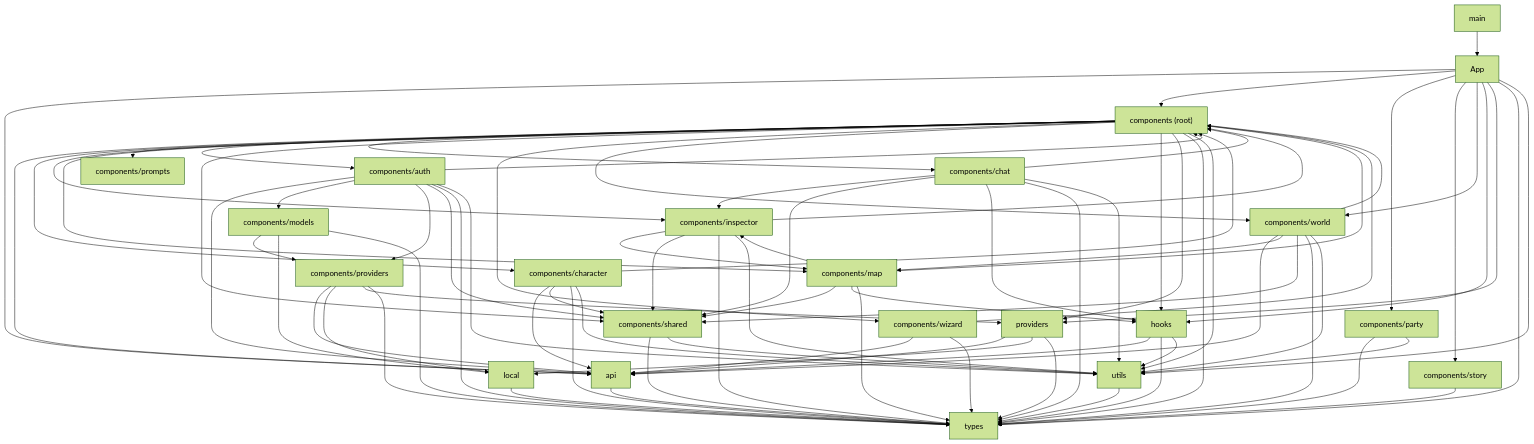
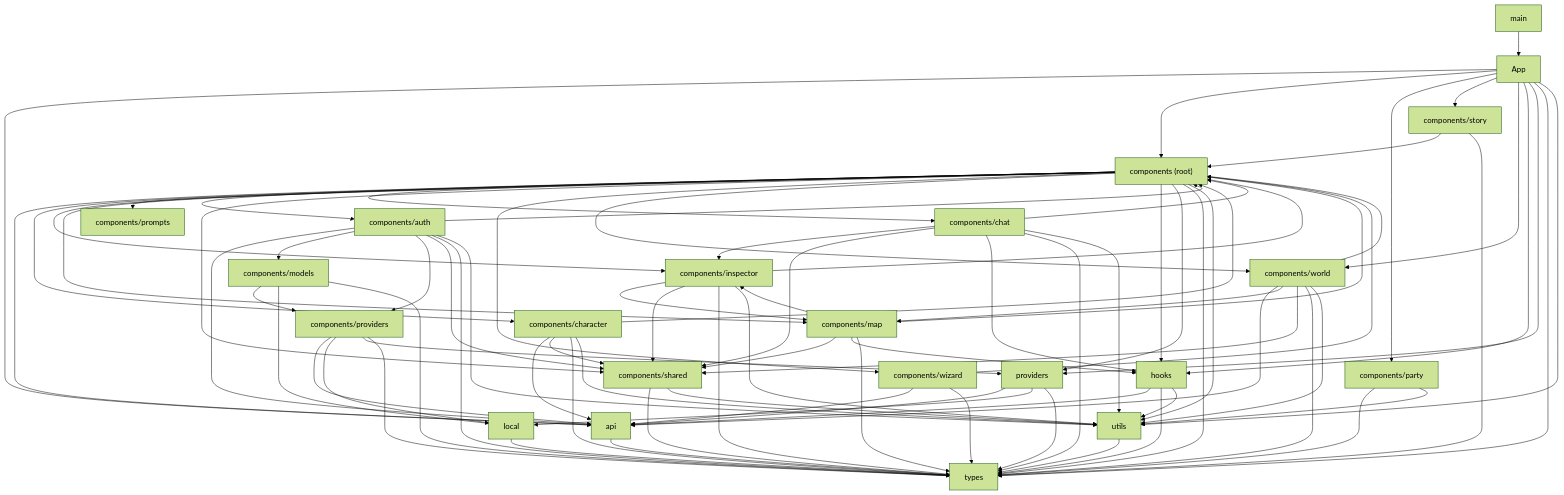
The diagram in docs/architecture/FRONTEND_GRAPH.md (diegolima/CyberCantina), drawn with Mermaid (forest theme) before and after one commit. The commit also changed other lines of this file and 43 other files, not shown here.

```diff
--- a/docs/architecture/FRONTEND_GRAPH.md
+++ b/docs/architecture/FRONTEND_GRAPH.md
@@ -98,6 +98,7 @@
     b_11 --> b_20
     b_12 --> b_20
     b_12 --> b_21
+    b_13 --> b_2
     b_13 --> b_20
     b_14 --> b_1
     b_14 --> b_2
```
